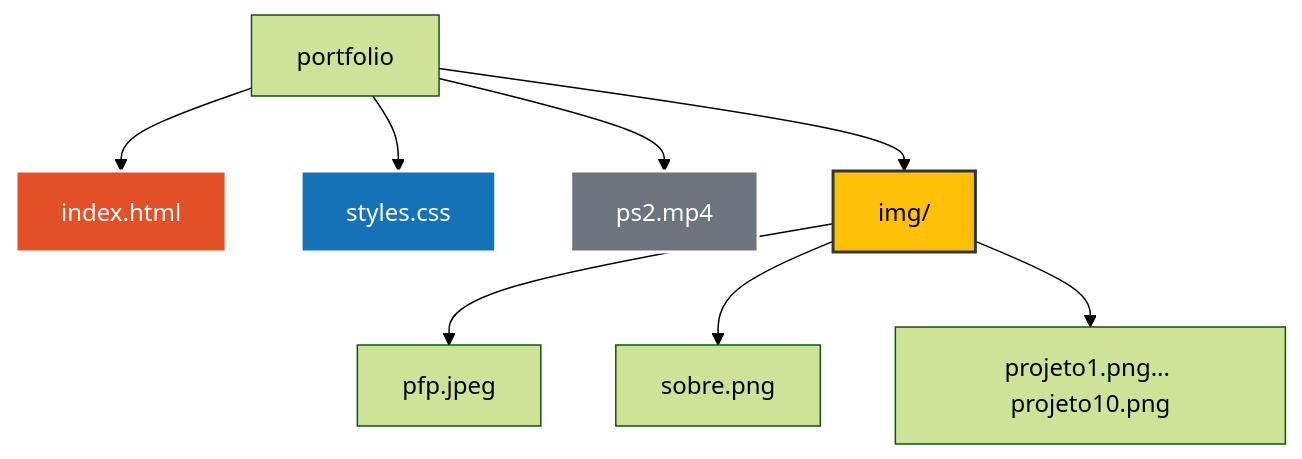
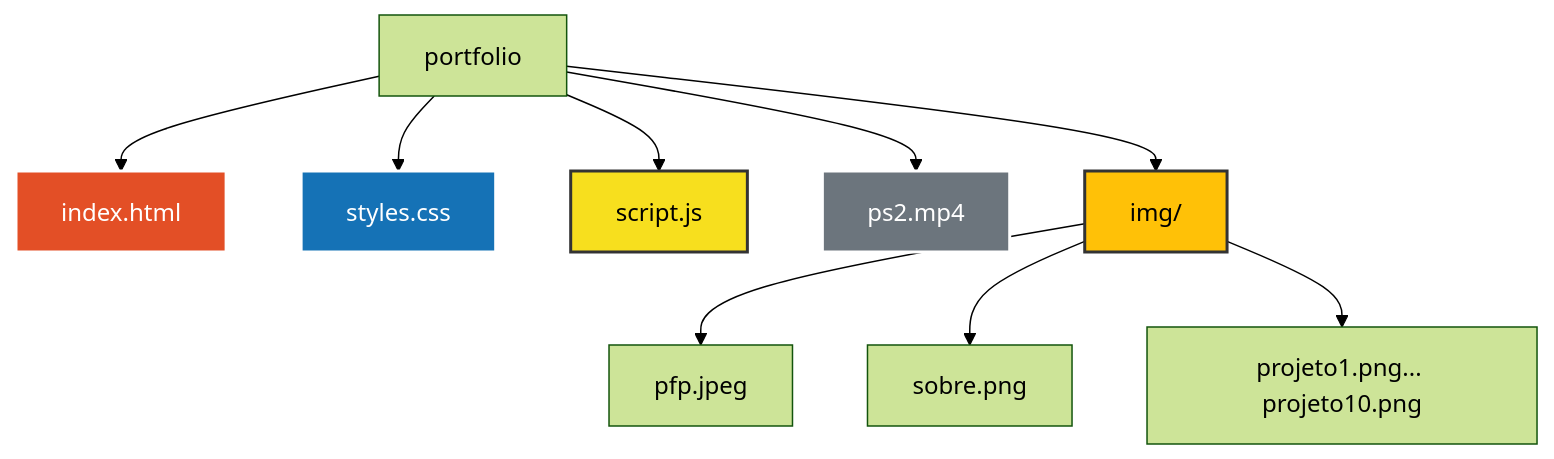
The diagram in README.md (AliceSilva2012/portfolio), drawn with Mermaid (forest theme) before and after one commit.

Commit message:
Update README.md with new file structure and styles

````diff
--- a/README.md
+++ b/README.md
@@ -80,15 +80,17 @@
 ```mermaid
 graph TD
     A[portfolio] --> B[index.html]
     A --> C[styles.css]
-    A --> D[ps2.mp4]
-    A --> E[img/]
-    E --> F[pfp.jpeg]
-    E --> G[sobre.png]
-    E --> H[projeto1.png... projeto10.png]
+    A --> D[script.js]
+    A --> E[ps2.mp4]
+    A --> F[img/]
+    F --> G[pfp.jpeg]
+    F --> H[sobre.png]
+    F --> I[projeto1.png... projeto10.png]
 
     style B fill:#e34f26,stroke:#fff,stroke-width:2px,color:#fff
     style C fill:#1572b6,stroke:#fff,stroke-width:2px,color:#fff
-    style D fill:#6c757d,stroke:#fff,stroke-width:2px,color:#fff
-    style E fill:#ffc107,stroke:#333,stroke-width:2px,color:#000
+    style D fill:#f7df1e,stroke:#333,stroke-width:2px,color:#000
+    style E fill:#6c757d,stroke:#fff,stroke-width:2px,color:#fff
+    style F fill:#ffc107,stroke:#333,stroke-width:2px,color:#000
 ```
````
